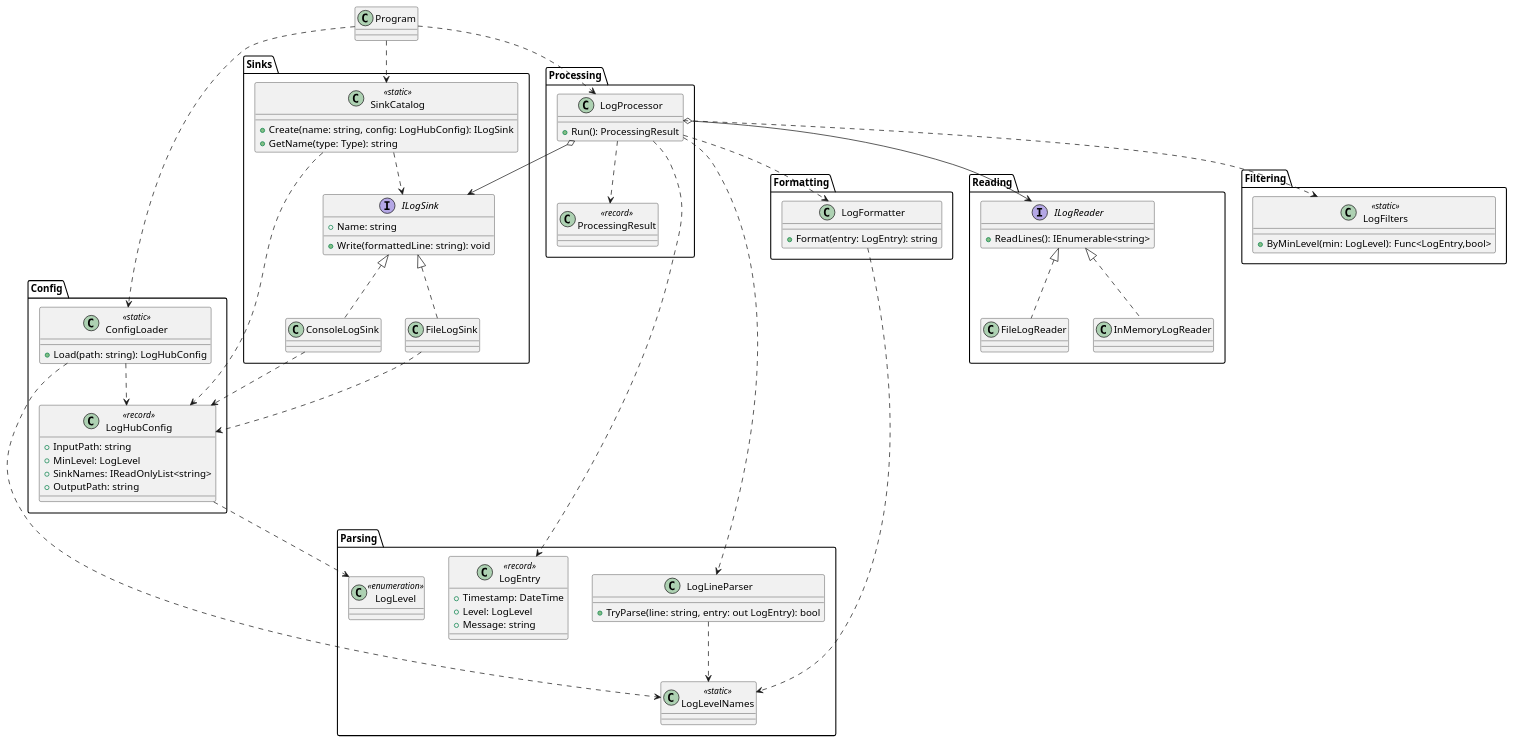
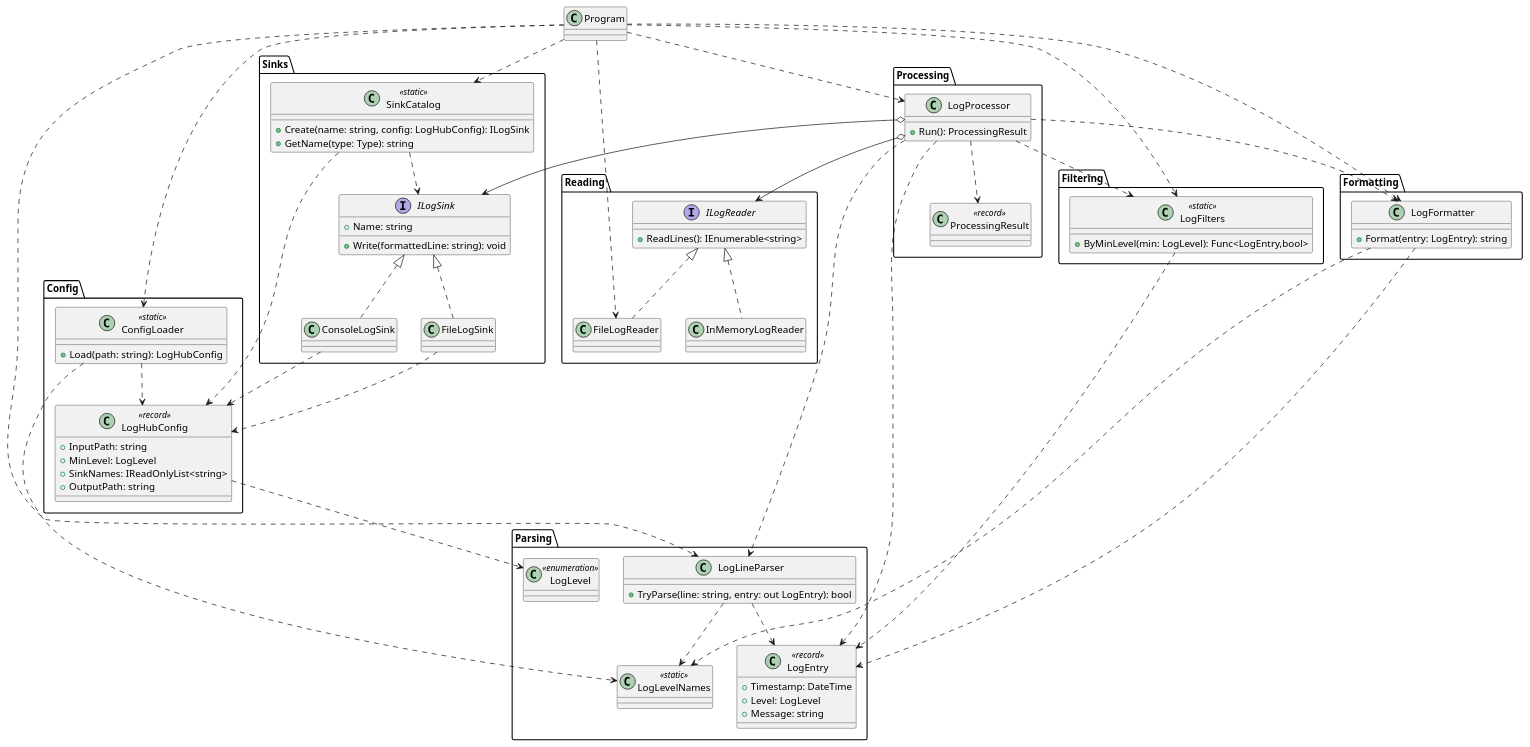
Before and after one commit to ikgali/LogHub: the third of 3 diagrams in docs/ЛР1.md, drawn with PlantUML.

Commit message:
docs: complete class diagram dependencies

````diff
--- a/docs/ЛР1.md
+++ b/docs/ЛР1.md
@@ -204,8 +204,11 @@
 ConfigLoader ..> LogHubConfig
 ConfigLoader ..> LogLevelNames
 LogHubConfig ..> LogLevel
+LogLineParser ..> LogEntry
 LogLineParser ..> LogLevelNames
+LogFormatter ..> LogEntry
 LogFormatter ..> LogLevelNames
+LogFilters ..> LogEntry
 ConsoleLogSink ..> LogHubConfig
 FileLogSink ..> LogHubConfig
 SinkCatalog ..> ILogSink
@@ -213,5 +216,9 @@
 Program ..> ConfigLoader
 Program ..> LogProcessor
 Program ..> SinkCatalog
+Program ..> FileLogReader
+Program ..> LogLineParser
+Program ..> LogFilters
+Program ..> LogFormatter
 @enduml
 ```
````
